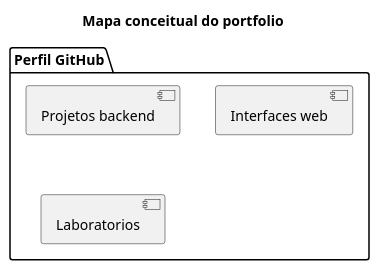
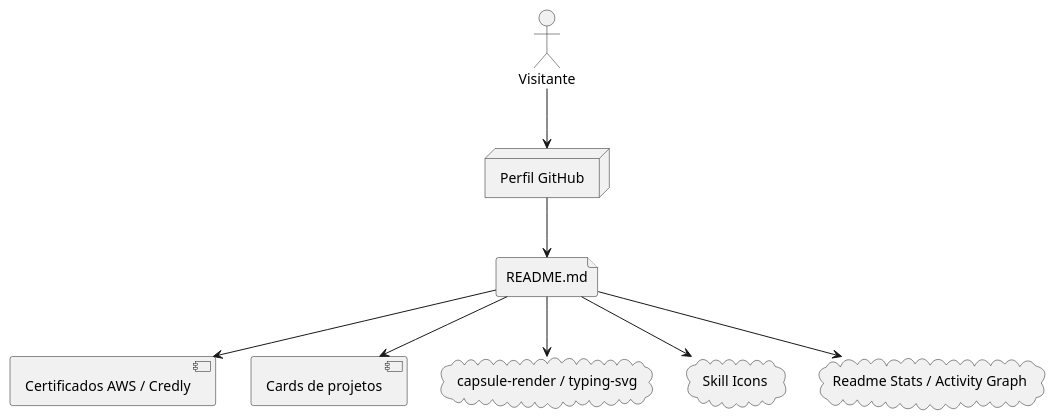
One commit to DanieldeAlmeida2024/DanieldeAlmeida2024 changed the diagram in docs/UML.puml. Above: the diagram before and after it, drawn with PlantUML. The commit also changed 10 other files, not shown here.

Commit message:
docs: documentar interface, UML de fluxo, matriz de testes e versao

```diff
--- a/docs/UML.puml
+++ b/docs/UML.puml
@@ -1,8 +1,17 @@
 @startuml
-title Mapa conceitual do portfolio
-package "Perfil GitHub" {
-component "Projetos backend" as Backend
-component "Interfaces web" as Front
-component "Laboratorios" as Labs
-}
+actor Visitante
+node "Perfil GitHub" as Github
+file "README.md" as Readme
+component "Certificados AWS / Credly" as Credly
+component "Cards de projetos" as Projects
+cloud "capsule-render / typing-svg" as Header
+cloud "Skill Icons" as Icons
+cloud "Readme Stats / Activity Graph" as Stats
+Visitante --> Github
+Github --> Readme
+Readme --> Credly
+Readme --> Projects
+Readme --> Header
+Readme --> Icons
+Readme --> Stats
 @enduml
```
